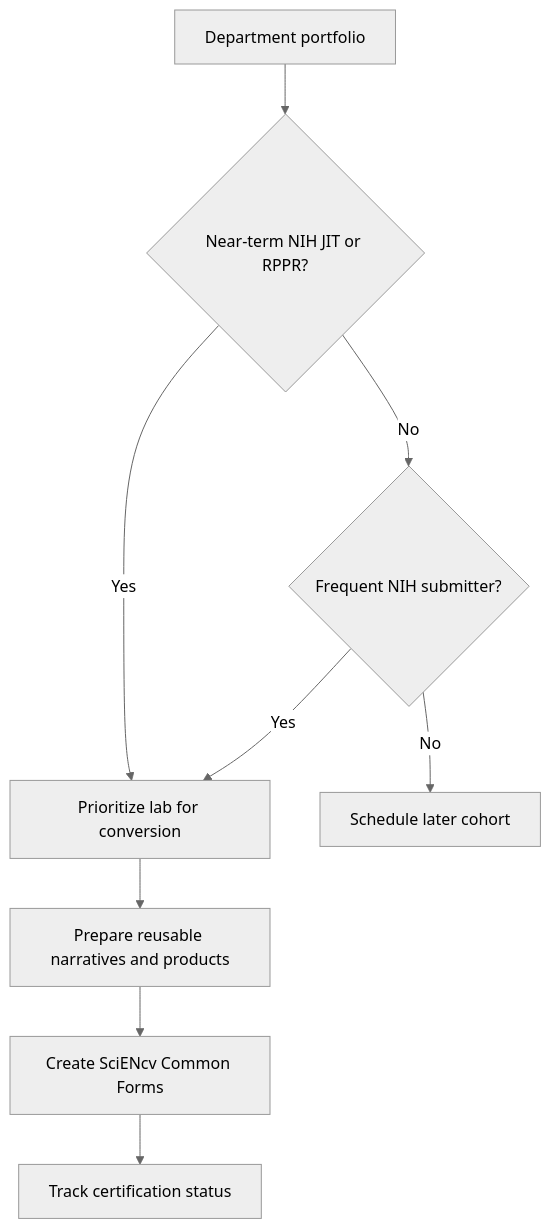
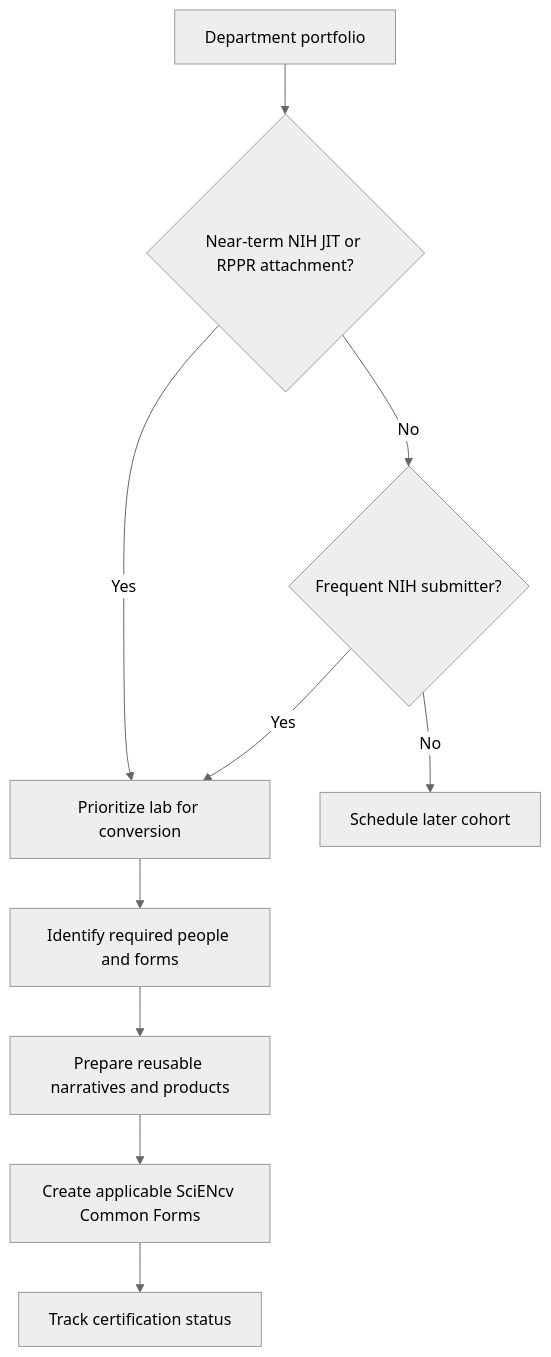
The diagram in docs/transition/bulk-migration.md (FritscheLab/nih-sciencv-playbook), drawn with Mermaid (neutral theme) before and after one commit. The commit also changed other lines of this file and 48 other files, not shown here.

First line of the commit message:
Refactor documentation and templates for NIH Common Forms compliance

````diff
--- a/docs/transition/bulk-migration.md
+++ b/docs/transition/bulk-migration.md
@@ -16,13 +16,14 @@
 ```mermaid
 flowchart TD
     accTitle: Bulk migration triage
     accDescr: Bulk migration prioritizes active NIH labs and near-term RPPR or JIT needs, then standardizes templates and document naming.
-    A["Department portfolio"] --> B{"Near-term NIH JIT or RPPR?"}
+    A["Department portfolio"] --> B{"Near-term NIH JIT or RPPR attachment?"}
     B -- "Yes" --> C["Prioritize lab for conversion"]
     B -- "No" --> D{"Frequent NIH submitter?"}
     D -- "Yes" --> C
     D -- "No" --> E["Schedule later cohort"]
-    C --> F["Prepare reusable narratives and products"]
-    F --> G["Create SciENcv Common Forms"]
+    C --> F["Identify required people and forms"]
+    F --> I["Prepare reusable narratives and products"]
+    I --> G["Create applicable SciENcv Common Forms"]
     G --> H["Track certification status"]
 ```
````
